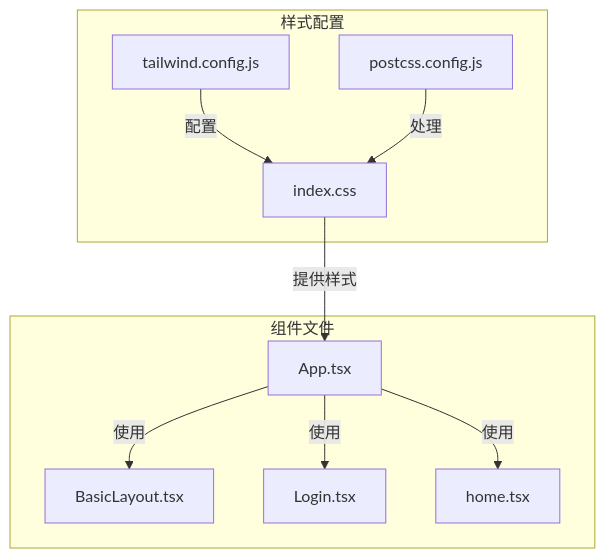
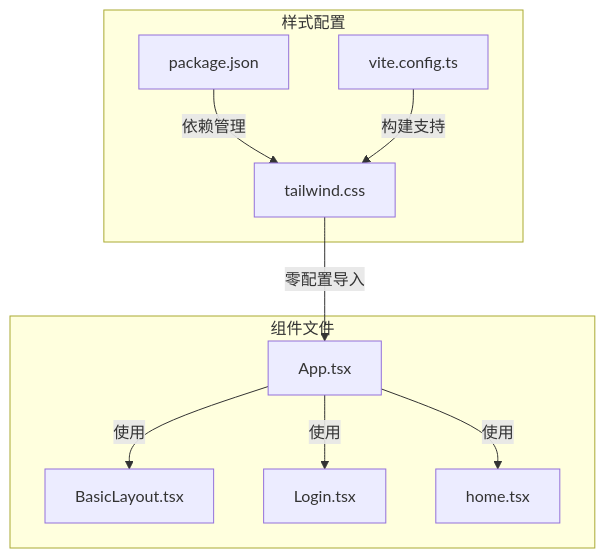
The first of 6 diagrams in .qoder/repowiki/zh/content/样式方案/样式方案.md (fengerzh/react-vscode-template), drawn with Mermaid before and after one commit. The commit also changed other lines of this file and 6 other files, not shown here.

````diff
--- a/.qoder/repowiki/zh/content/样式方案/样式方案.md
+++ b/.qoder/repowiki/zh/content/样式方案/样式方案.md
@@ -31,20 +41,20 @@
 ```mermaid
 graph TB
 subgraph "样式配置"
-tailwindConfig[tailwind.config.js]
-postcssConfig[postcss.config.js]
-indexCSS[index.css]
+tailwindCSS[tailwind.css]
+packageJSON[package.json]
+viteConfig[vite.config.ts]
 end
 subgraph "组件文件"
 App[App.tsx]
 Layout[BasicLayout.tsx]
 Login[Login.tsx]
 Home[home.tsx]
 end
-tailwindConfig --> |配置| indexCSS
-postcssConfig --> |处理| indexCSS
-indexCSS --> |提供样式| App
+tailwindCSS --> |零配置导入| App
+packageJSON --> |依赖管理| tailwindCSS
+viteConfig --> |构建支持| tailwindCSS
 App --> |使用| Layout
 App --> |使用| Login
 App --> |使用| Home
 ```
````
